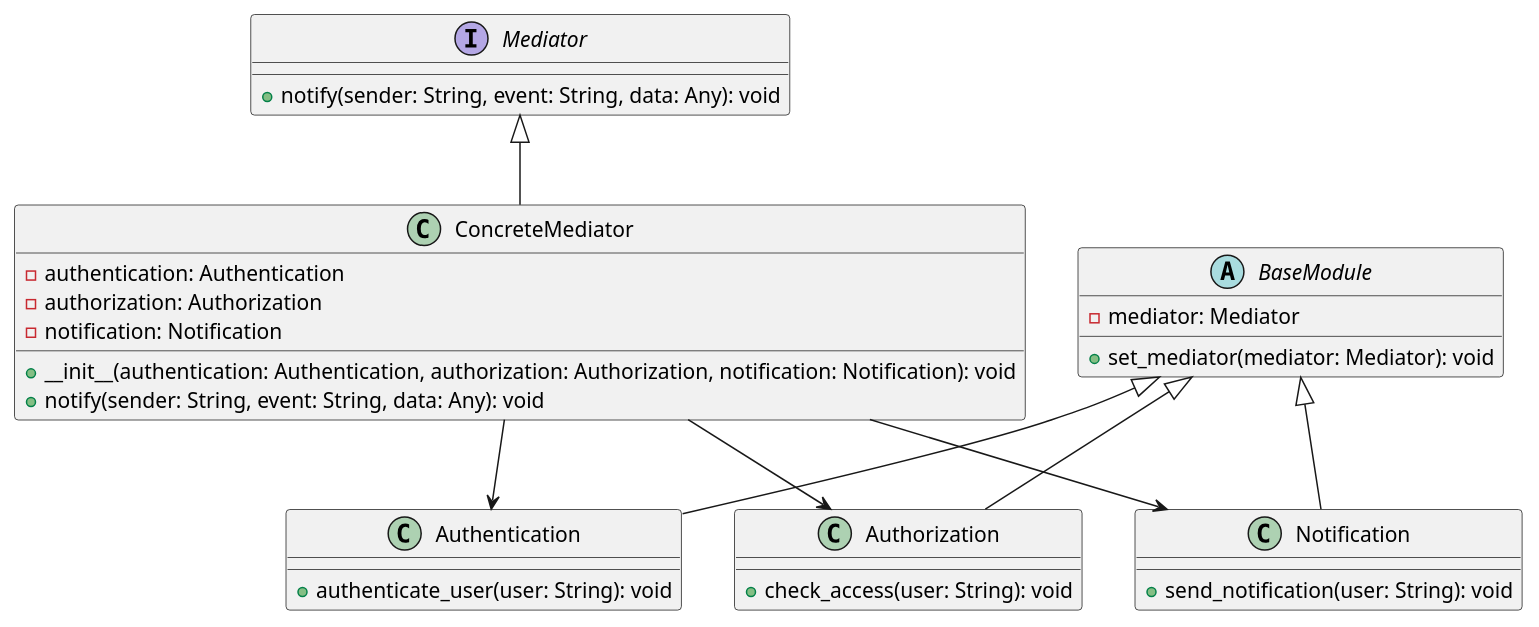
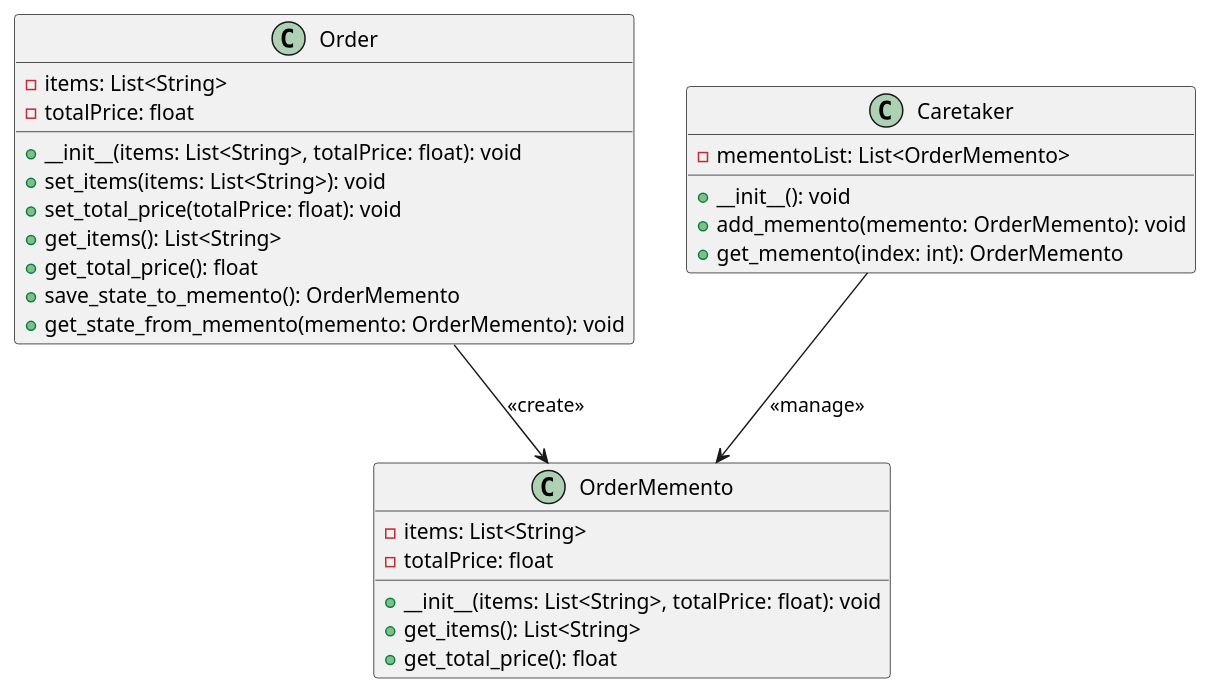
The diagram in klassifikaciya-patternov/povedencheskie-patterny-behavioral-patterns/mnemoniko-memento/primery/sistema-upravleniya-zakazami-v-internet-magazine/python.md (andrewovchinnikov/design-patterns), drawn with PlantUML before and after one commit. The commit also changed other lines of this file and 36 other files, not shown here.

````diff
--- a/klassifikaciya-patternov/povedencheskie-patterny-behavioral-patterns/mnemoniko-memento/primery/sistema-upravleniya-zakazami-v-internet-magazine/python.md
+++ b/klassifikaciya-patternov/povedencheskie-patterny-behavioral-patterns/mnemoniko-memento/primery/sistema-upravleniya-zakazami-v-internet-magazine/python.md
@@ -120,40 +113,35 @@
 ```plantuml
 @startuml
-interface Mediator {
-    +notify(sender: String, event: String, data: Any): void
+
+class Order {
+    -items: List<String>
+    -totalPrice: float
+    +__init__(items: List<String>, totalPrice: float): void
+    +set_items(items: List<String>): void
+    +set_total_price(totalPrice: float): void
+    +get_items(): List<String>
+    +get_total_price(): float
+    +save_state_to_memento(): OrderMemento
+    +get_state_from_memento(memento: OrderMemento): void
 }
 
-class ConcreteMediator {
-    -authentication: Authentication
-    -authorization: Authorization
-    -notification: Notification
-    +__init__(authentication: Authentication, authorization: Authorization, notification: Notification): void
-    +notify(sender: String, event: String, data: Any): void
+class OrderMemento {
+    -items: List<String>
+    -totalPrice: float
+    +__init__(items: List<String>, totalPrice: float): void
+    +get_items(): List<String>
+    +get_total_price(): float
 }
 
-abstract class BaseModule {
-    -mediator: Mediator
-    +set_mediator(mediator: Mediator): void
+class Caretaker {
+    -mementoList: List<OrderMemento>
+    +__init__(): void
+    +add_memento(memento: OrderMemento): void
+    +get_memento(index: int): OrderMemento
 }
 
-class Authentication {
-    +authenticate_user(user: String): void
-}
+Order --> OrderMemento: <<create>>
+Caretaker --> OrderMemento: <<manage>>
 
-class Authorization {
-    +check_access(user: String): void
-}
-
-class Notification {
-    +send_notification(user: String): void
-}
-
-Mediator <|-- ConcreteMediator
-BaseModule <|-- Authentication
-BaseModule <|-- Authorization
-BaseModule <|-- Notification
-ConcreteMediator --> Authentication
-ConcreteMediator --> Authorization
-ConcreteMediator --> Notification
 @enduml
 ```
````
